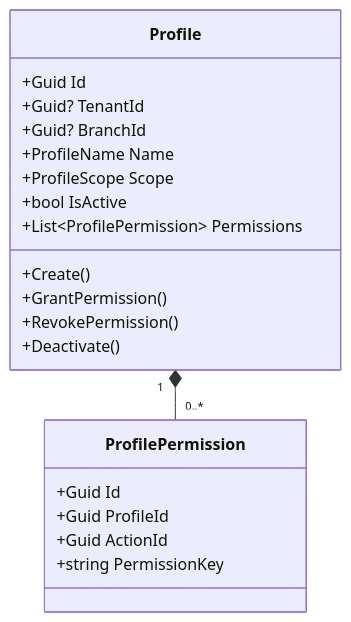
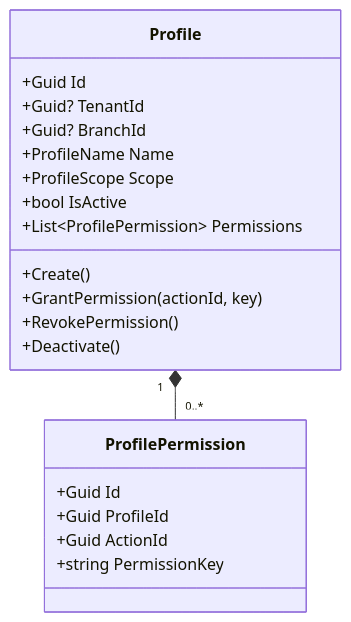
Before and after one commit to beyondnetcode/ums: the first of 3 diagrams in docs/domain/authorization/profile.md, drawn with Mermaid. The commit also changed other lines of this file and 19 other files, not shown here.

````diff
--- a/docs/domain/authorization/profile.md
+++ b/docs/domain/authorization/profile.md
@@ -68,23 +82,24 @@
 ```mermaid
 classDiagram
+    direction TB
     class Profile {
         +Guid Id
         +Guid? TenantId
         +Guid? BranchId
         +ProfileName Name
         +ProfileScope Scope
         +bool IsActive
         +List~ProfilePermission~ Permissions
         +Create()
-        +GrantPermission()
+        +GrantPermission(actionId, key)
         +RevokePermission()
         +Deactivate()
     }
     class ProfilePermission {
         +Guid Id
         +Guid ProfileId
         +Guid ActionId
         +string PermissionKey
     }
     Profile "1" *-- "0..*" ProfilePermission
 ```
````
